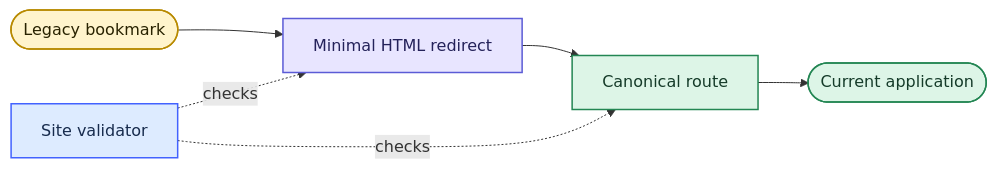
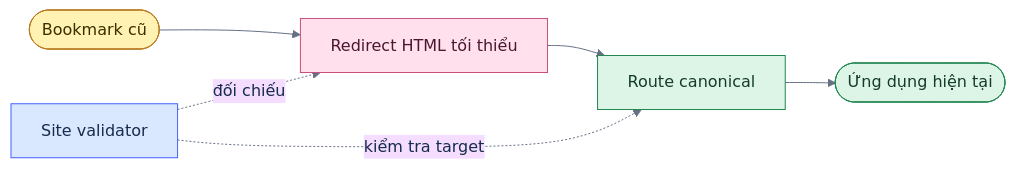
Before and after one commit to thangldw/thangldw.github.io: the first of 2 diagrams in apps/URL-MIGRATION.md, drawn with Mermaid. The commit also changed other lines of this file and 7 other files, not shown here.

````diff
--- a/apps/URL-MIGRATION.md
+++ b/apps/URL-MIGRATION.md
@@ -7,18 +7,19 @@
 ```mermaid
+%%{init: {"theme":"base","themeVariables":{"fontFamily":"Inter, Arial, sans-serif","lineColor":"#667085","primaryTextColor":"#172B4D"}}}%%
 flowchart LR
-  Start(["Legacy bookmark"]) --> Redirect["Minimal HTML redirect"]
-  Redirect --> Target["Canonical route"]
-  Target --> App(["Current application"])
+  Bookmark(["Bookmark cũ"]) --> Redirect["Redirect HTML tối thiểu"]
+  Redirect --> Canonical["Route canonical"]
+  Canonical --> App(["Ứng dụng hiện tại"])
 
-  Audit["Site validator"] -. checks .-> Redirect
-  Audit -. checks .-> Target
+  Validator["Site validator"] -. "đối chiếu" .-> Redirect
+  Validator -. "kiểm tra target" .-> Canonical
 
-  classDef legacy fill:#FFF4CC,stroke:#B88A00,color:#292300,stroke-width:1.5px;
-  classDef bridge fill:#E8E5FF,stroke:#5B5BD6,color:#24225A,stroke-width:1.5px;
-  classDef current fill:#DDF5E7,stroke:#238653,color:#153B29,stroke-width:1.5px;
-  classDef control fill:#DDEBFF,stroke:#4262FF,color:#172B4D,stroke-width:1.5px;
-  class Start legacy;
-  class Redirect bridge;
-  class Target,App current;
-  class Audit control;
+  classDef yellow fill:#FFF2B2,stroke:#B7791F,color:#3B2F00,stroke-width:1px;
+  classDef blue fill:#D9E8FF,stroke:#4262FF,color:#172B4D,stroke-width:1px;
+  classDef green fill:#DDF5E7,stroke:#238653,color:#153B29,stroke-width:1px;
+  classDef pink fill:#FFE0EC,stroke:#C94F7C,color:#4A1730,stroke-width:1px;
+  class Bookmark yellow;
+  class Redirect pink;
+  class Canonical,App green;
+  class Validator blue;
 ```
````
